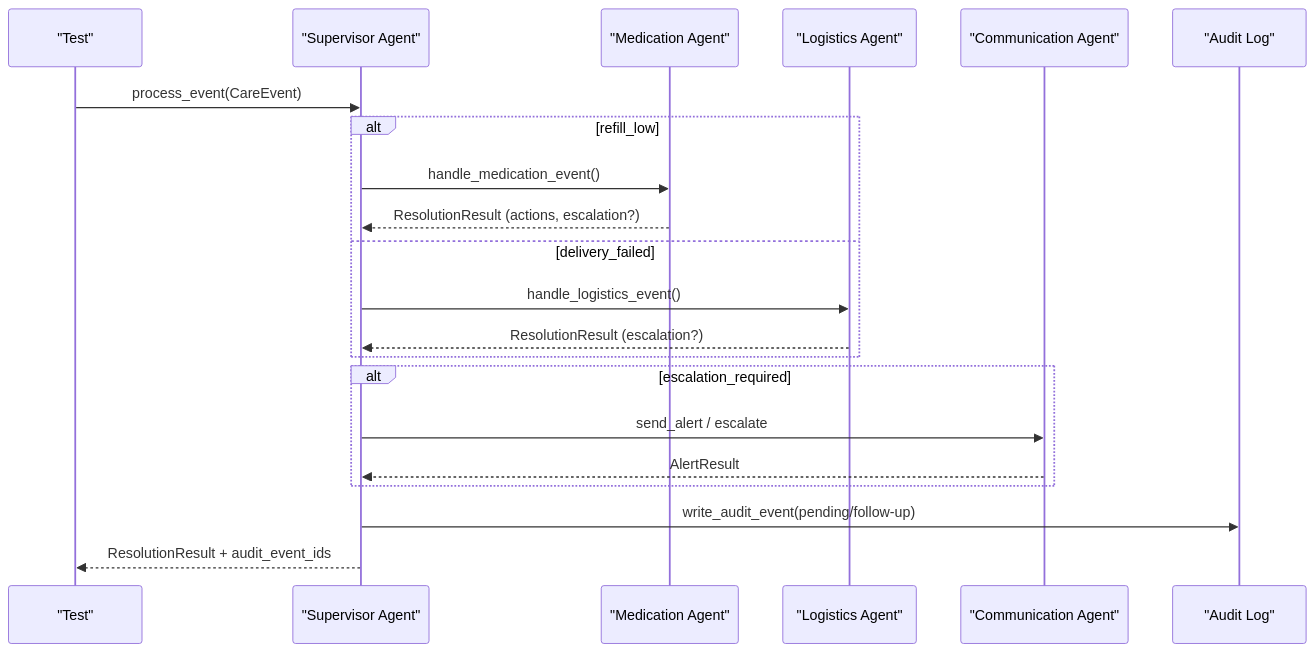
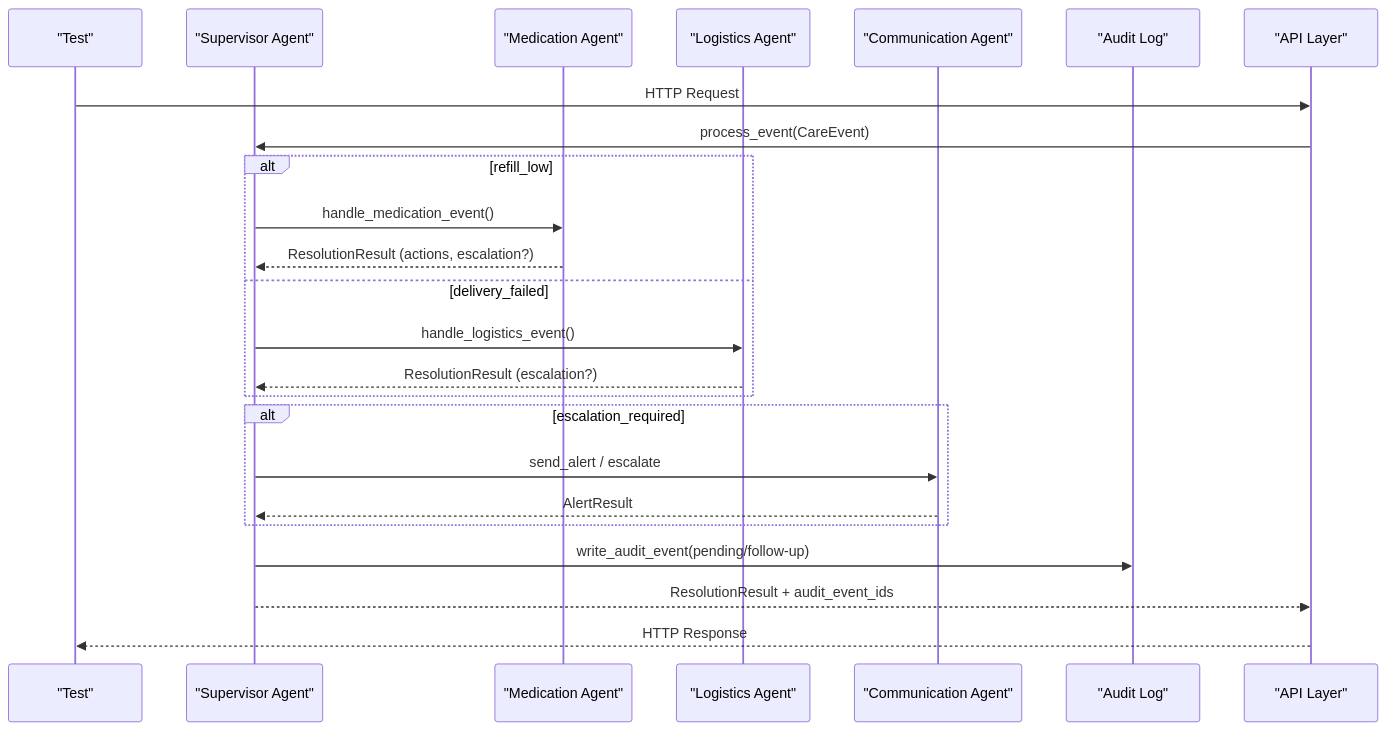
Before and after one commit to infamous-rebel/CareBridge: the second of 14 diagrams in .qoder/repowiki/en/content/Testing Strategy/Testing Strategy.md, drawn with Mermaid. The commit also changed other lines of this file and 12 other files, not shown here.

````diff
--- a/.qoder/repowiki/en/content/Testing Strategy/Testing Strategy.md
+++ b/.qoder/repowiki/en/content/Testing Strategy/Testing Strategy.md
@@ -94,23 +126,26 @@
 ```mermaid
 sequenceDiagram
 participant T as "Test"
 participant S as "Supervisor Agent"
 participant M as "Medication Agent"
 participant L as "Logistics Agent"
 participant C as "Communication Agent"
 participant A as "Audit Log"
-T->>S : process_event(CareEvent)
+participant API as "API Layer"
+T->>API : HTTP Request
+API->>S : process_event(CareEvent)
 alt refill_low
 S->>M : handle_medication_event()
 M-->>S : ResolutionResult (actions, escalation?)
 else delivery_failed
 S->>L : handle_logistics_event()
 L-->>S : ResolutionResult (escalation?)
 end
 alt escalation_required
 S->>C : send_alert / escalate
 C-->>S : AlertResult
 end
 S->>A : write_audit_event(pending/follow-up)
-S-->>T : ResolutionResult + audit_event_ids
+S-->>API : ResolutionResult + audit_event_ids
+API-->>T : HTTP Response
 ```
````
